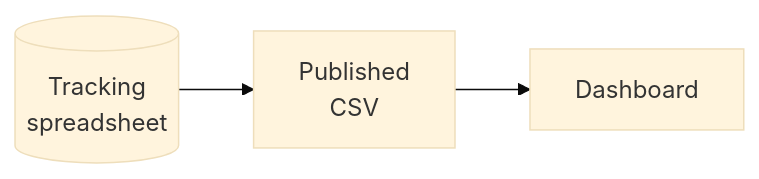
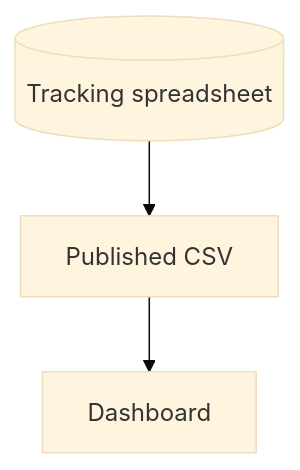
One commit to CamilaNacli/mortgage-financing-operations changed the fourth of 4 diagrams in docs/workflow.md. Above: the diagram before and after it, drawn with Mermaid (base theme). The commit also changed other lines of this file and 2 other files, not shown here.

Commit message:
Fix phase A flow; document aggregation, import and fictional-data rules

````diff
--- a/docs/workflow.md
+++ b/docs/workflow.md
@@ -48,4 +42,4 @@
 ```mermaid
-flowchart LR
-    SH[("Tracking<br/>spreadsheet")] --> CSV["Published<br/>CSV"] --> DB["Dashboard"]
+flowchart TB
+    SH[("Tracking spreadsheet")] --> CSV["Published CSV"] --> DB["Dashboard"]
 ```
````
